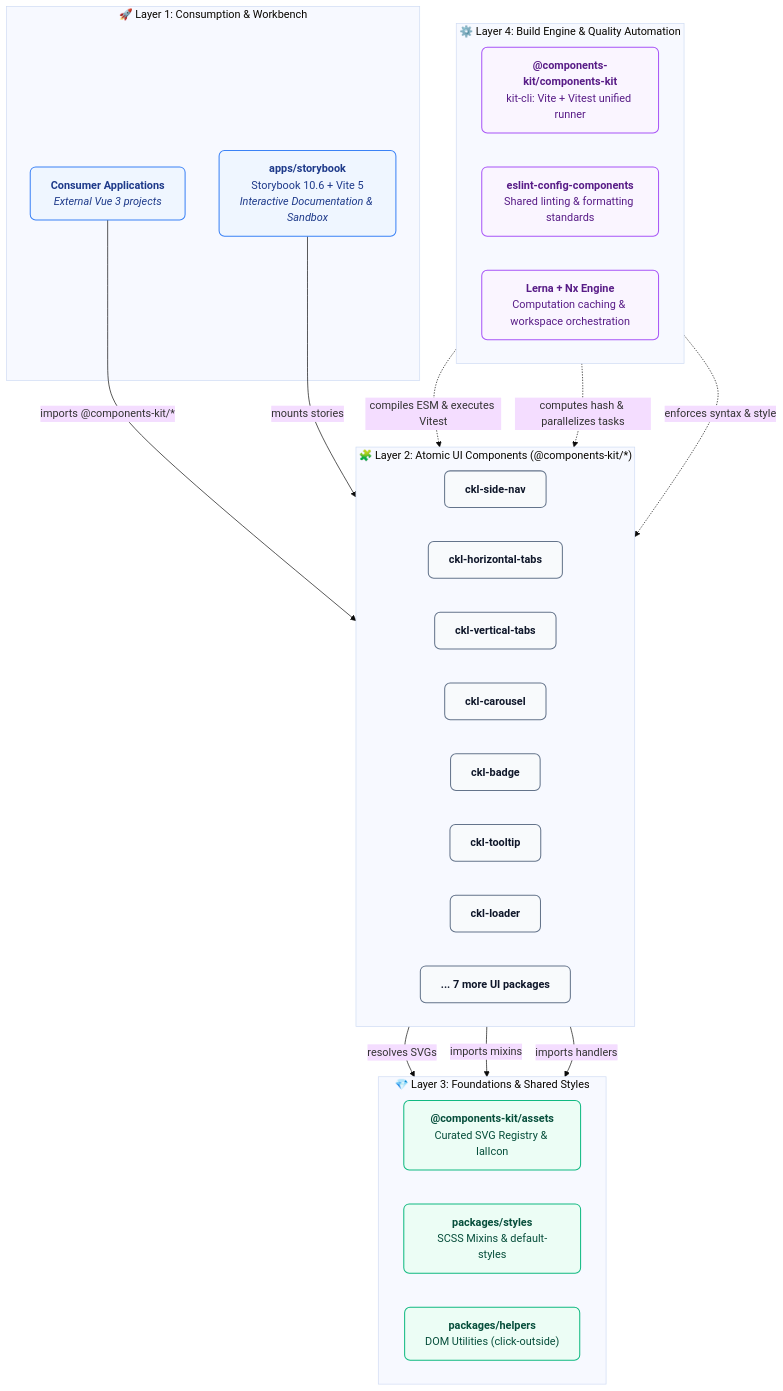
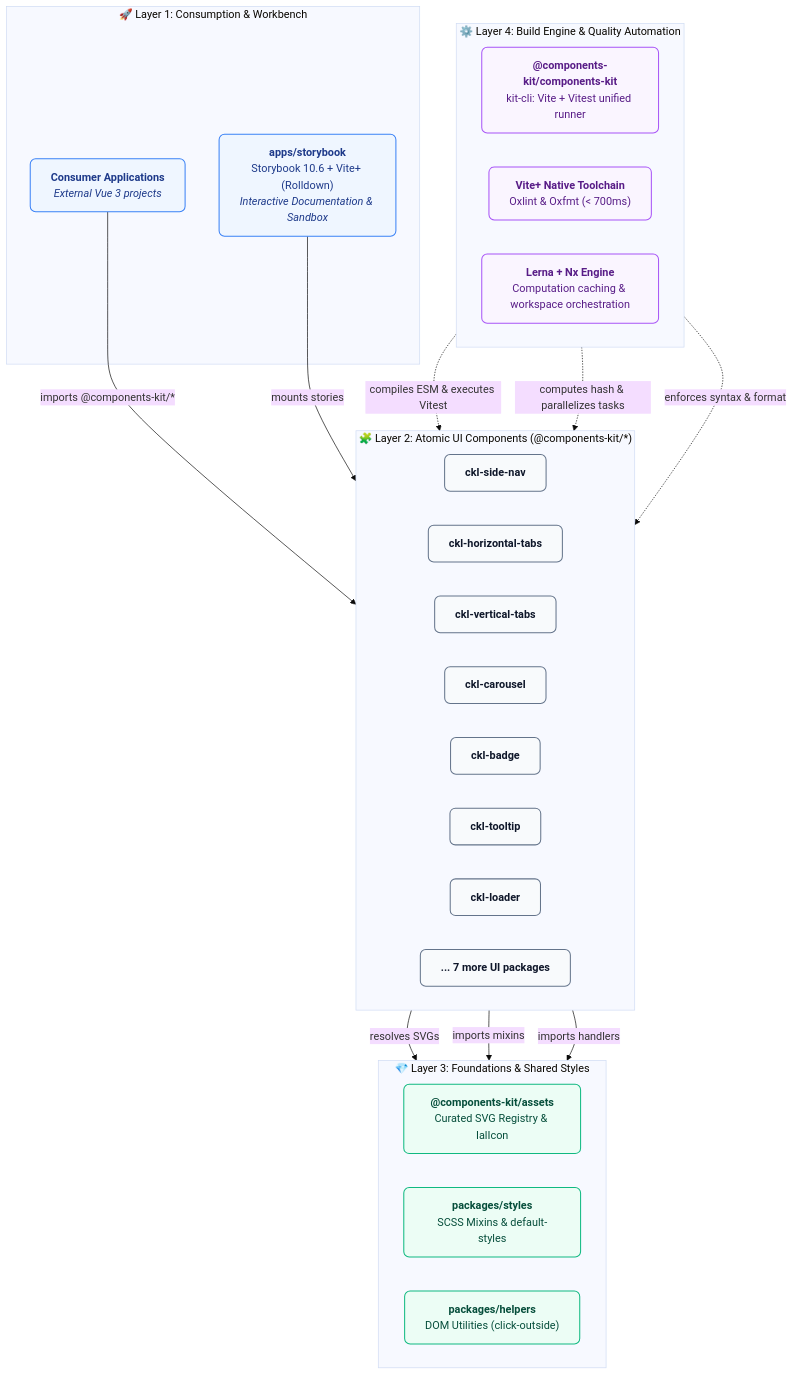
One commit to nelomr/components-kit changed the diagram in README.md. Above: the diagram before and after it, drawn with Mermaid (base theme). The commit also changed other lines of this file and 72 other files, not shown here.

First line of the commit message:
feat(toolchain): migrate monorepo to Vite+, Vitest 5, pnpm, and modern Storybook 10

````diff
--- a/README.md
+++ b/README.md
@@ -101,52 +103,52 @@
 ```mermaid
 graph TD
     subgraph L1 ["🚀 Layer 1: Consumption & Workbench"]
-        SB["<b>apps/storybook</b><br/>Storybook 10.6 + Vite 5<br/><i>Interactive Documentation & Sandbox</i>"]
+        SB["<b>apps/storybook</b><br/>Storybook 10.6 + Vite+ (Rolldown)<br/><i>Interactive Documentation & Sandbox</i>"]
         EXT["<b>Consumer Applications</b><br/><i>External Vue 3 projects</i>"]
     end
 
     subgraph L2 ["🧩 Layer 2: Atomic UI Components (@components-kit/*)"]
         direction LR
         C1["<b>ckl-side-nav</b>"]
         C2["<b>ckl-horizontal-tabs</b>"]
         C3["<b>ckl-vertical-tabs</b>"]
         C4["<b>ckl-carousel</b>"]
         C5["<b>ckl-badge</b>"]
         C6["<b>ckl-tooltip</b>"]
         C7["<b>ckl-loader</b>"]
         C8["<b>... 7 more UI packages</b>"]
     end
 
     subgraph L3 ["💎 Layer 3: Foundations & Shared Styles"]
         direction LR
         AST["<b>@components-kit/assets</b><br/>Curated SVG Registry & IalIcon"]
         STY["<b>packages/styles</b><br/>SCSS Mixins & default-styles"]
         HLP["<b>packages/helpers</b><br/>DOM Utilities (click-outside)"]
     end
 
     subgraph L4 ["⚙️ Layer 4: Build Engine & Quality Automation"]
         direction LR
         CLI["<b>@components-kit/components-kit</b><br/>kit-cli: Vite + Vitest unified runner"]
-        ESL["<b>eslint-config-components</b><br/>Shared linting & formatting standards"]
+        VP["<b>Vite+ Native Toolchain</b><br/>Oxlint & Oxfmt (< 700ms)"]
         NX["<b>Lerna + Nx Engine</b><br/>Computation caching & workspace orchestration"]
     end
 
     EXT -->|imports @components-kit/*| L2
     SB -->|mounts stories| L2
     L2 -->|resolves SVGs| AST
     L2 -->|imports mixins| STY
     L2 -->|imports handlers| HLP
     CLI -.->|compiles ESM & executes Vitest| L2
     NX -.->|computes hash & parallelizes tasks| L2
-    ESL -.->|enforces syntax & style| L2
+    VP -.->|enforces syntax & format| L2
 
     classDef appLayer fill:#eff6ff,stroke:#3b82f6,stroke-width:1.5px,color:#1e3a8a,rx:8px,ry:8px;
     classDef compLayer fill:#f8fafc,stroke:#64748b,stroke-width:1.5px,color:#0f172a,rx:8px,ry:8px;
     classDef foundLayer fill:#ecfdf5,stroke:#10b981,stroke-width:1.5px,color:#064e3b,rx:8px,ry:8px;
     classDef toolLayer fill:#faf5ff,stroke:#a855f7,stroke-width:1.5px,color:#581c87,rx:8px,ry:8px;
 
     class SB,EXT appLayer;
     class C1,C2,C3,C4,C5,C6,C7,C8 compLayer;
     class AST,STY,HLP foundLayer;
-    class CLI,ESL,NX toolLayer;
+    class CLI,VP,NX toolLayer;
 ```
````
